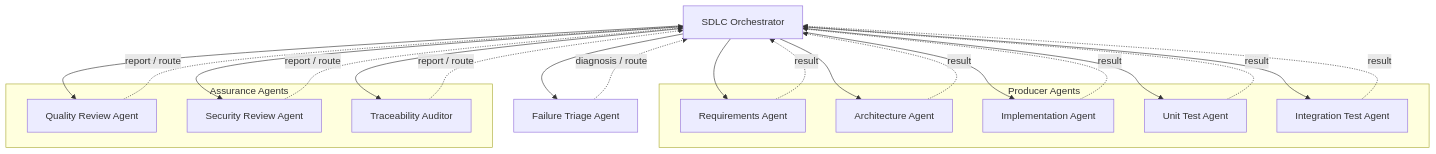
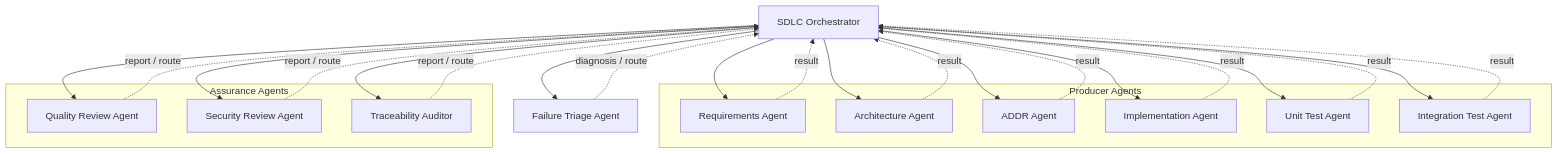
The first of 10 diagrams in docs/ai-sdlc/agent-framework-guide.md (shun-sa/ai-sdlc-copilot), drawn with Mermaid before and after one commit. The commit also changed other lines of this file and 16 other files, not shown here.

````diff
--- a/docs/ai-sdlc/agent-framework-guide.md
+++ b/docs/ai-sdlc/agent-framework-guide.md
@@ -72,43 +72,46 @@
 ```mermaid
 flowchart TB
     O[SDLC Orchestrator]
 
     subgraph Producer["Producer Agents"]
         R[Requirements Agent]
         A[Architecture Agent]
+        AD[ADDR Agent]
         I[Implementation Agent]
         U[Unit Test Agent]
         IT[Integration Test Agent]
     end
 
     subgraph Assurance["Assurance Agents"]
         Q[Quality Review Agent]
         S[Security Review Agent]
         T[Traceability Auditor]
     end
 
     F[Failure Triage Agent]
 
     O --> R
     O --> A
+    O --> AD
     O --> I
     O --> U
     O --> IT
 
     O --> Q
     O --> S
     O --> T
 
     O --> F
 
     R -. result .-> O
     A -. result .-> O
+    AD -. result .-> O
     I -. result .-> O
     U -. result .-> O
     IT -. result .-> O
 
     Q -. report / route .-> O
     S -. report / route .-> O
     T -. report / route .-> O
     F -. diagnosis / route .-> O
 ```
````
